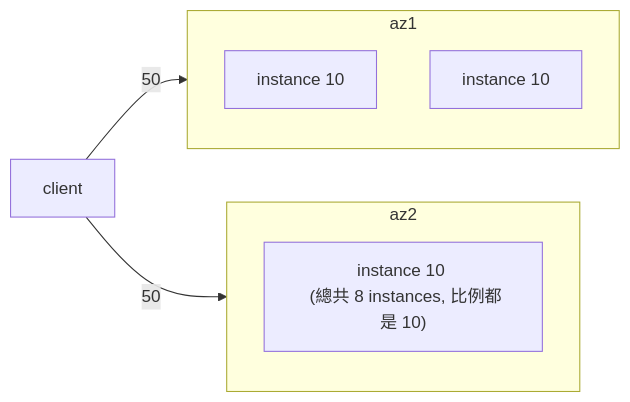
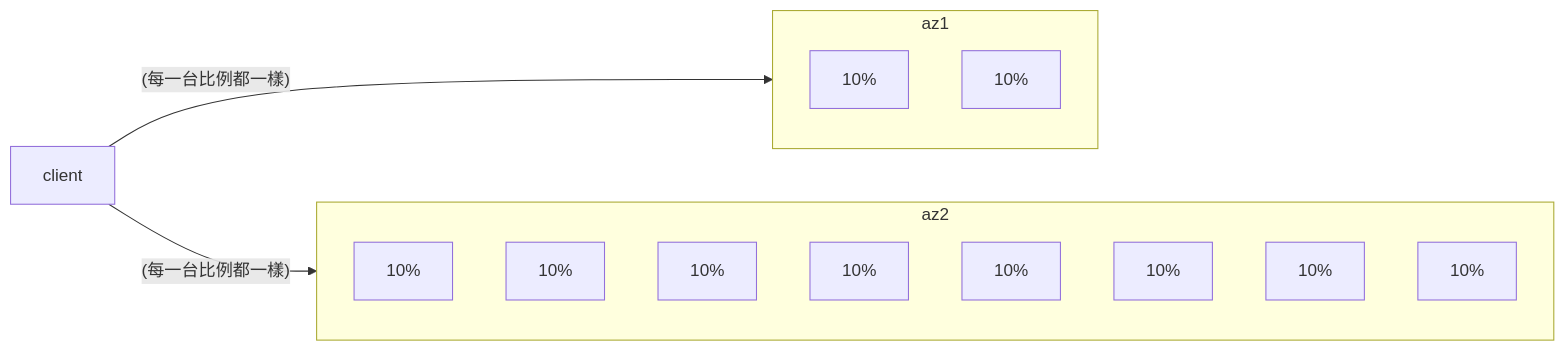
Before and after one commit to cool21540125/documentation-notes: the fourth of 5 diagrams in aws/ELB.md, drawn with Mermaid. The commit also changed other lines of this file and 10 other files, not shown here.

````diff
--- a/aws/ELB.md
+++ b/aws/ELB.md
@@ -182,17 +184,17 @@
 ```mermaid
 flowchart LR
 
 subgraph az1
     direction TB;
-    ec0["instance 10"];
-    ec1["instance 10"];
+    ec0["10%"];
+    ec1["10%"];
 end
 subgraph az2
     direction TB;
-    ec2["instance 10 \n (總共 8 instances, 比例都是 10)"];
-
+    ec2["10%"]; ec3["10%"]; ec4["10%"]; ec5["10%"];
+    ec6["10%"]; ec7["10%"]; ec8["10%"]; ec9["10%"];
 end
 
-client -- 50 --> az1;
-client -- 50 --> az2;
+client -- "(每一台比例都一樣)" --> az1;
+client -- "(每一台比例都一樣)" --> az2;
 ```
````
